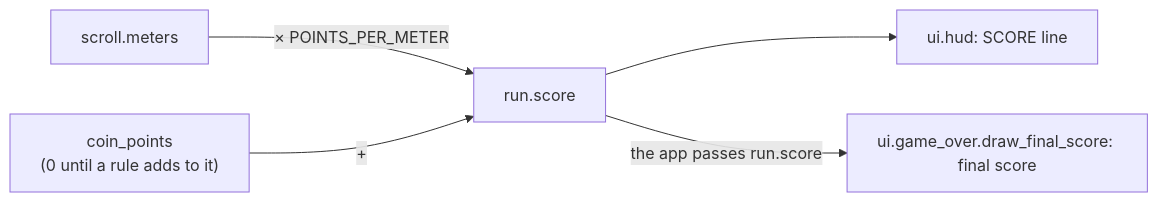
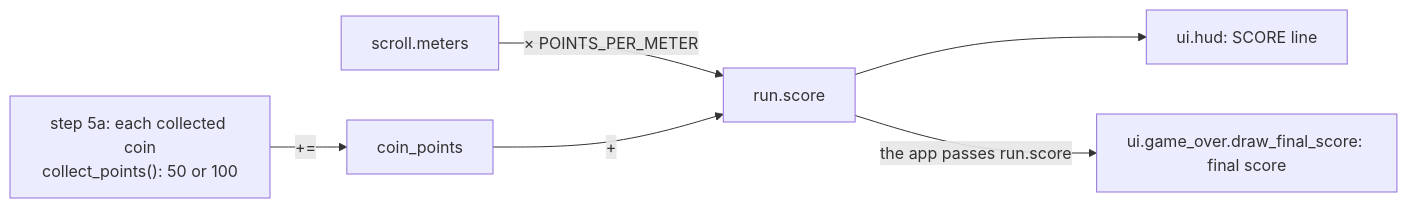
One commit to david-mntl/driftward-ace changed the fourth of 4 diagrams in docs/contracts/systems/run.md. Above: the diagram before and after it, drawn with Mermaid. The commit also changed other lines of this file and 12 other files, not shown here.

Commit message:
docs(contracts): add DRA-62 contracts, coin tuning schema, update app, drifters, run and scroll

````diff
--- a/docs/contracts/systems/run.md
+++ b/docs/contracts/systems/run.md
@@ -95,7 +102,8 @@
 ```mermaid
 flowchart LR
   M["scroll.meters"] -- "× POINTS_PER_METER" --> S["run.score"]
-  C["coin_points<br/>(0 until a rule adds to it)"] -- "+" --> S
+  K["step 5a: each collected coin<br/>collect_points(): 50 or 100"] -- "+=" --> C["coin_points"]
+  C -- "+" --> S
   S --> HUD["ui.hud: SCORE line"]
   S -- "the app passes run.score" --> GO["ui.game_over.draw_final_score: final score"]
 ```
````
